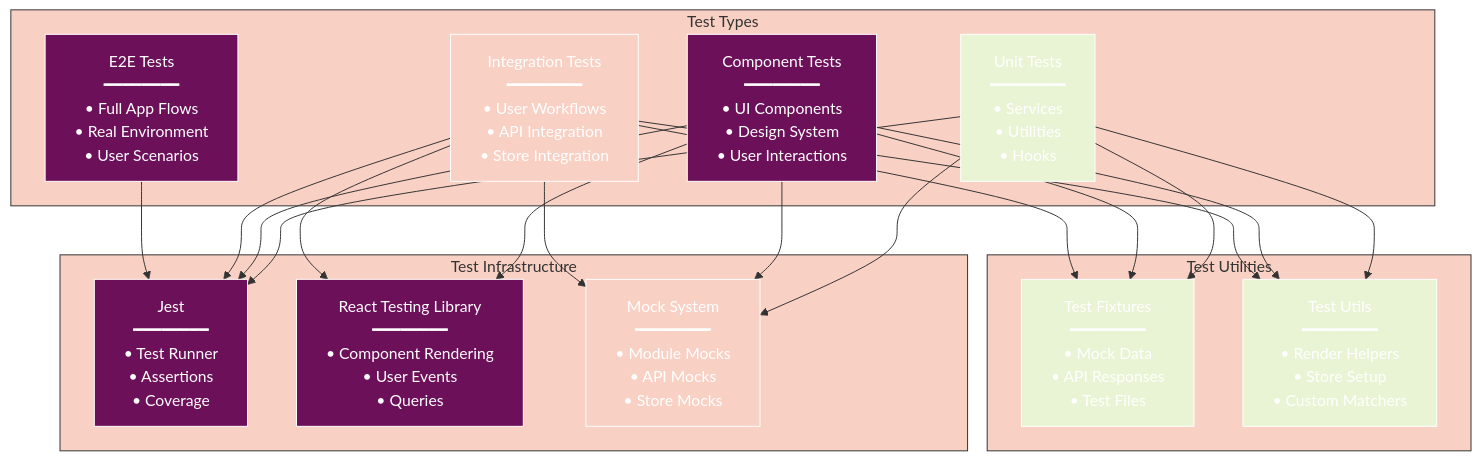
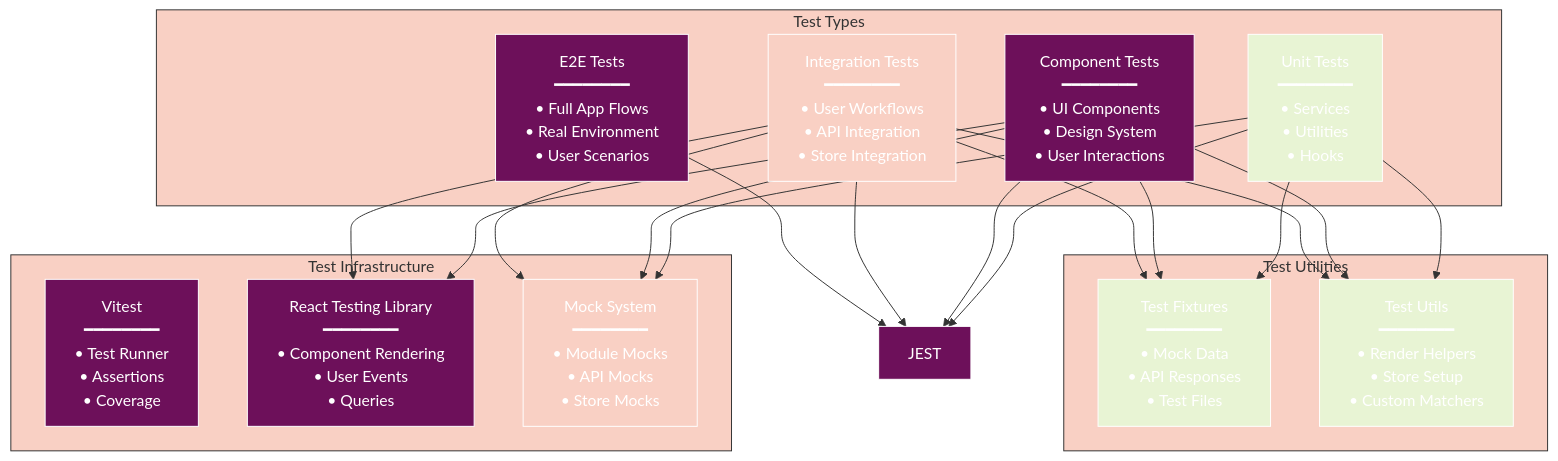
Before and after one commit to radicalkjax/Athena: the first of 4 diagrams in docs/testing/README.md, drawn with Mermaid. The commit also changed other lines of this file and 178 other files, not shown here.

````diff
--- a/docs/testing/README.md
+++ b/docs/testing/README.md
@@ -68,70 +68,70 @@
 ```mermaid
 %%{init: {
   'theme': 'base',
   'themeVariables': {
     'primaryColor': '#6d105a',
     'primaryTextColor': '#ffffff',
     'primaryBorderColor': '#ffffff',
     'lineColor': '#333333',
     'secondaryColor': '#e8f4d4',
     'secondaryTextColor': '#333333',
     'secondaryBorderColor': '#333333',
     'tertiaryColor': '#f9d0c4',
     'tertiaryTextColor': '#333333',
     'tertiaryBorderColor': '#333333',
     'background': '#ffffff',
     'mainBkg': '#6d105a',
     'secondBkg': '#e8f4d4',
     'tertiaryBkg': '#f9d0c4',
     'textColor': '#333333',
     'fontFamily': 'Arial, sans-serif'
   }
 }}%%
 graph TB
     subgraph "Test Types"
         UT[Unit Tests<br/>━━━━━━━━<br/>• Services<br/>• Utilities<br/>• Hooks]
         CT[Component Tests<br/>━━━━━━━━<br/>• UI Components<br/>• Design System<br/>• User Interactions]
         IT[Integration Tests<br/>━━━━━━━━<br/>• User Workflows<br/>• API Integration<br/>• Store Integration]
         E2E[E2E Tests<br/>━━━━━━━━<br/>• Full App Flows<br/>• Real Environment<br/>• User Scenarios]
     end
     
     subgraph "Test Infrastructure"
-        JEST[Jest<br/>━━━━━━━━<br/>• Test Runner<br/>• Assertions<br/>• Coverage]
+        VITEST[Vitest<br/>━━━━━━━━<br/>• Test Runner<br/>• Assertions<br/>• Coverage]
         RTL[React Testing Library<br/>━━━━━━━━<br/>• Component Rendering<br/>• User Events<br/>• Queries]
         MOCK[Mock System<br/>━━━━━━━━<br/>• Module Mocks<br/>• API Mocks<br/>• Store Mocks]
     end
     
     subgraph "Test Utilities"
         FIXTURES[Test Fixtures<br/>━━━━━━━━<br/>• Mock Data<br/>• API Responses<br/>• Test Files]
         UTILS[Test Utils<br/>━━━━━━━━<br/>• Render Helpers<br/>• Store Setup<br/>• Custom Matchers]
     end
     
     UT --> JEST
     CT --> JEST
     CT --> RTL
     IT --> JEST
     IT --> RTL
     E2E --> JEST
     
     UT --> MOCK
     CT --> MOCK
     IT --> MOCK
     
     UT --> FIXTURES
     CT --> FIXTURES
     IT --> FIXTURES
     
     UT --> UTILS
     CT --> UTILS
     IT --> UTILS
     
     style UT fill:#e8f4d4
     style CT fill:#6d105a,color:#fff
     style IT fill:#f9d0c4
     style E2E fill:#6d105a,color:#fff
     style JEST fill:#6d105a,color:#fff
     style RTL fill:#6d105a,color:#fff
     style MOCK fill:#f9d0c4
     style FIXTURES fill:#e8f4d4
     style UTILS fill:#e8f4d4
 ```
````
